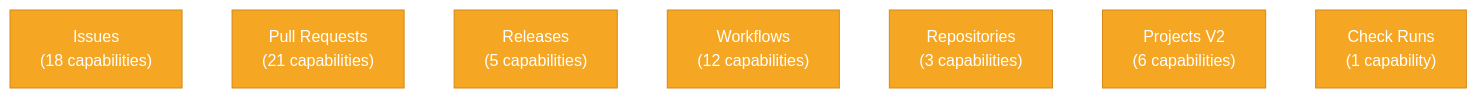
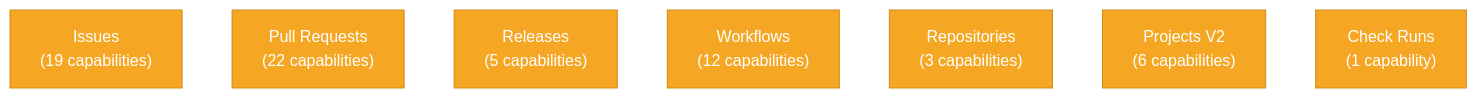
Before and after one commit to aryeko/ghx: the diagram in docs/capabilities/README.md, drawn with Mermaid. The commit also changed other lines of this file and 322 other files, not shown here.

First line of the commit message:
feat: capability naming overhaul, GraphQL fragments, benchmark workflow-only redesign (#46)

````diff
--- a/docs/capabilities/README.md
+++ b/docs/capabilities/README.md
@@ -11,19 +11,19 @@
 ```mermaid
 %%{init: {'theme': 'base', 'themeVariables': {'primaryColor': '#F5A623', 'primaryTextColor': '#fff', 'primaryBorderColor': '#D4891A', 'lineColor': '#666'}}}%%
 graph TB
-    Issues["Issues<br/>(18 capabilities)"]
-    PRs["Pull Requests<br/>(21 capabilities)"]
+    Issues["Issues<br/>(19 capabilities)"]
+    PRs["Pull Requests<br/>(22 capabilities)"]
     Releases["Releases<br/>(5 capabilities)"]
     Workflows["Workflows<br/>(12 capabilities)"]
     Repos["Repositories<br/>(3 capabilities)"]
     Projects["Projects V2<br/>(6 capabilities)"]
     CheckRuns["Check Runs<br/>(1 capability)"]
 
     style Issues fill:#F5A623
     style PRs fill:#F5A623
     style Releases fill:#F5A623
     style Workflows fill:#F5A623
     style Repos fill:#F5A623
     style Projects fill:#F5A623
     style CheckRuns fill:#F5A623
 ```
````
